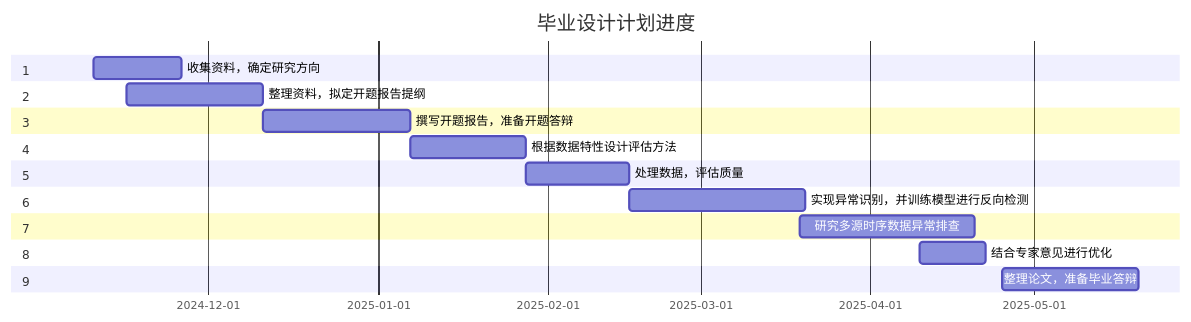
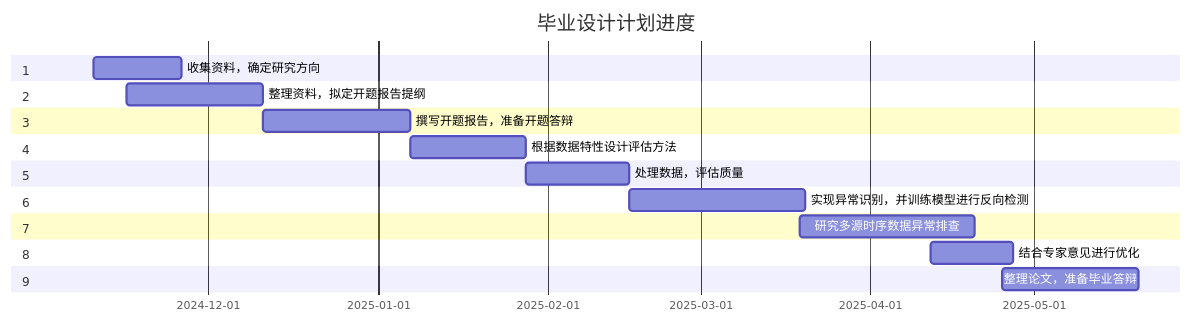
One commit to Kelseyyz/iodraw-files changed the diagram in all/未命名.md. Above: the diagram before and after it, drawn with Mermaid.

Commit message:
2024-12-30 15:01:24 update

````diff
--- a/all/未命名.md
+++ b/all/未命名.md
@@ -1,26 +1,26 @@
 ```mermaid
 gantt
     title 毕业设计计划进度
     dateFormat  YYYY年MM月DD日
     
 
     section 1
     收集资料，确定研究方向           : 2024年11月10日  , 16d
     section 2
     整理资料，拟定开题报告提纲       : 2024年11月16日  , 25d
     section 3
     撰写开题报告，准备开题答辩       : 2024年12月11日  , 27d
     section 4
     根据数据特性设计评估方法         : 2025年01月07日  , 21d
     section 5
     处理数据，评估质量               : 2025年01月28日  , 19d
     section 6
     实现异常识别，并训练模型进行反向检测    : 2025年02月16日  , 32d
     section 7
     研究多源时序数据异常排查         : 2025年03月19日  , 32d
     section 8
-    结合专家意见进行优化             : 2025年04月10日  , 12d
+    结合专家意见进行优化             : 2025年04月12日  , 15d
     section 9
     整理论文，准备毕业答辩           : 2025年04月25日  , 25d
 
 ```
````
